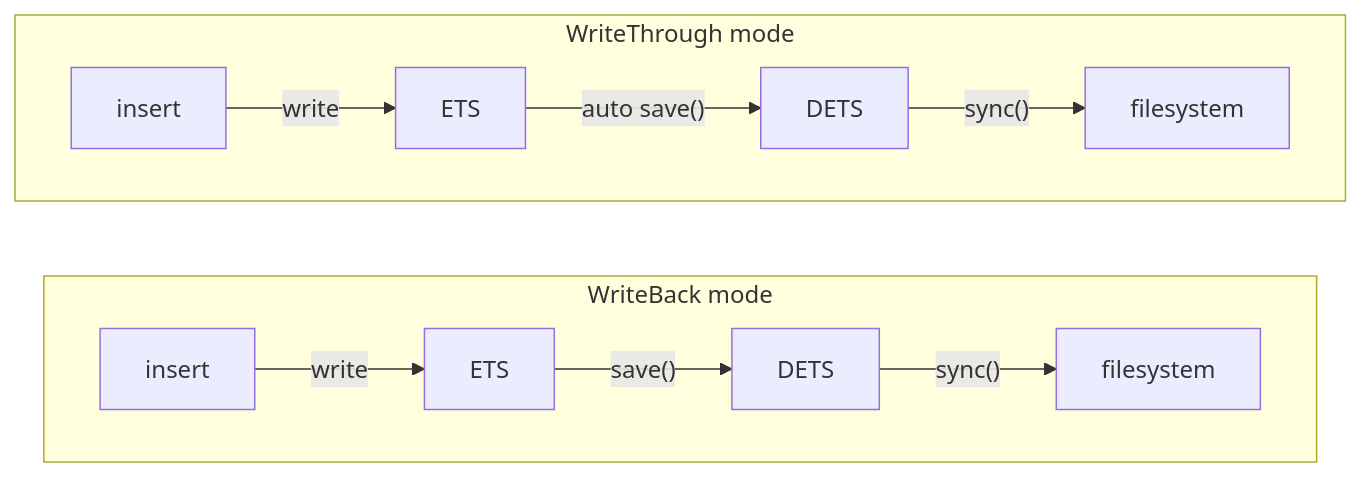
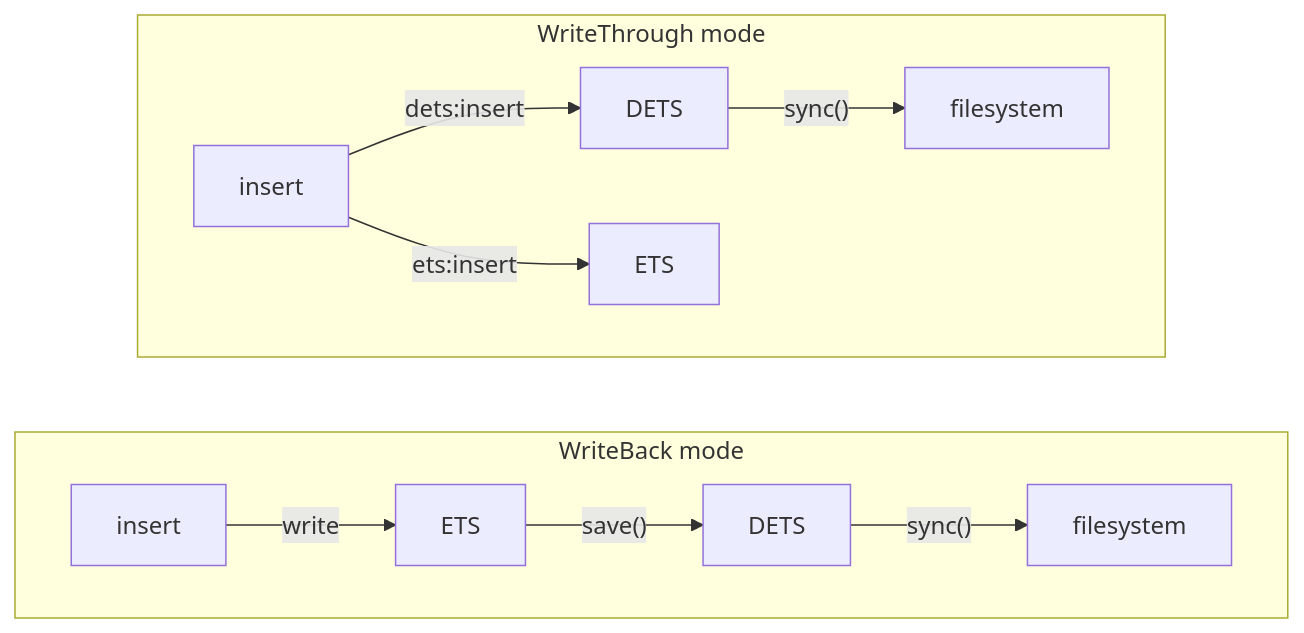
One commit to tylerbutler/shelf changed the diagram in website/src/content/docs/advanced/persistence-operations.md. Above: the diagram before and after it, drawn with Mermaid. The commit also changed other lines of this file and 5 other files, not shown here.

````diff
--- a/website/src/content/docs/advanced/persistence-operations.md
+++ b/website/src/content/docs/advanced/persistence-operations.md
@@ -82,15 +82,15 @@
 ```mermaid
 flowchart LR
   subgraph wb["WriteBack mode"]
     direction LR
     I1[insert] -->|write| E1[ETS]
     E1 -->|"save()"| D1[DETS]
     D1 -->|"sync()"| F1[filesystem]
   end
   subgraph wt["WriteThrough mode"]
     direction LR
-    I2[insert] -->|write| E2[ETS]
-    E2 -->|"auto save()"| D2[DETS]
+    I2[insert] -->|"dets:insert"| D2[DETS]
+    I2 -->|"ets:insert"| E2[ETS]
     D2 -->|"sync()"| F2[filesystem]
   end
 ```
````
